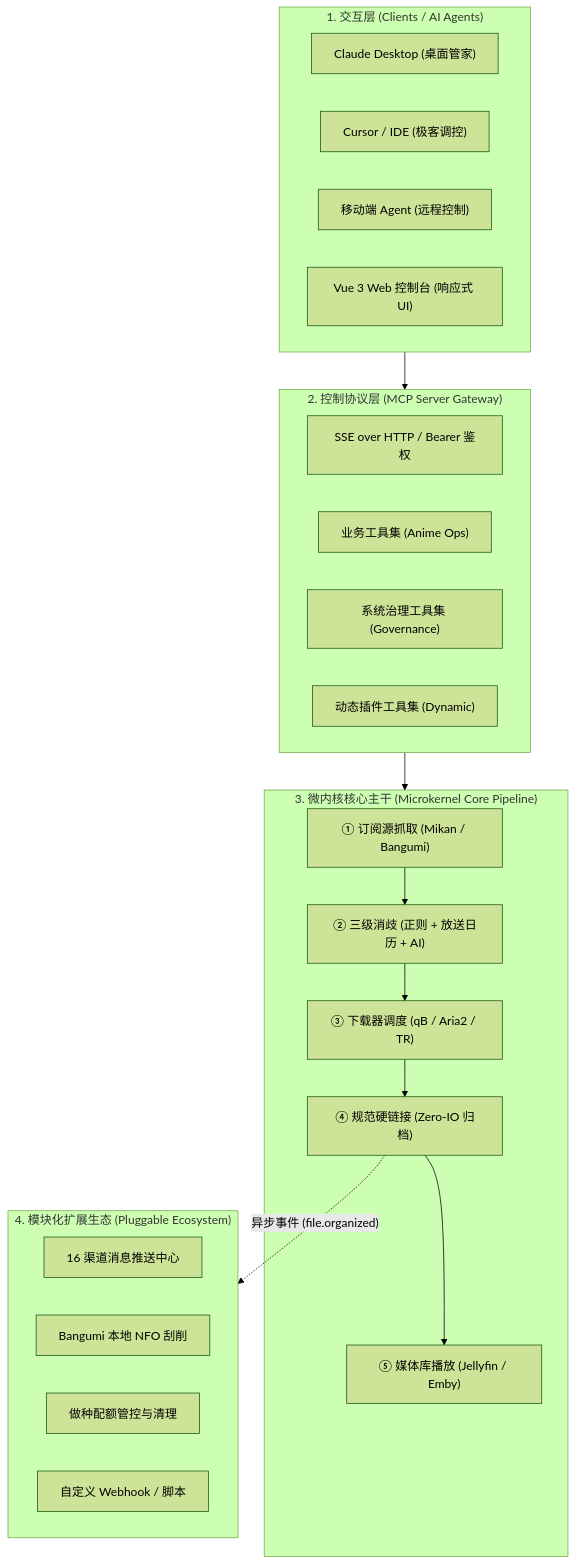
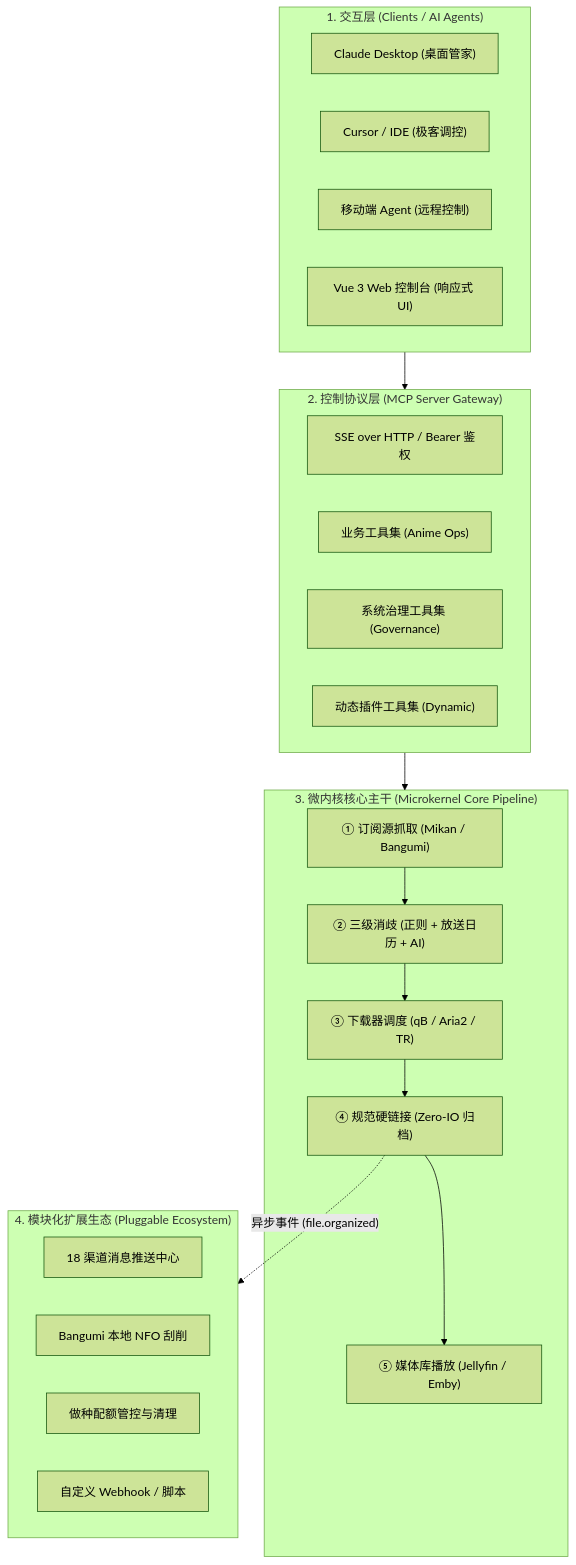
Before and after one commit to xiaoyueRX/Ani-Go: the diagram in README.md, drawn with Mermaid (forest theme). The commit also changed other lines of this file and 15 other files, not shown here.

````diff
--- a/README.md
+++ b/README.md
@@ -49,40 +49,40 @@
 ```mermaid
 flowchart TD
     subgraph Clients ["1. 交互层 (Clients / AI Agents)"]
         A1["Claude Desktop (桌面管家)"]
         A2["Cursor / IDE (极客调控)"]
         A3["移动端 Agent (远程控制)"]
         A4["Vue 3 Web 控制台 (响应式 UI)"]
     end
 
     subgraph MCP ["2. 控制协议层 (MCP Server Gateway)"]
         B1["SSE over HTTP / Bearer 鉴权"]
         B2["业务工具集 (Anime Ops)"]
         B3["系统治理工具集 (Governance)"]
         B4["动态插件工具集 (Dynamic)"]
     end
 
     subgraph Core ["3. 微内核核心主干 (Microkernel Core Pipeline)"]
         C1["① 订阅源抓取 (Mikan / Bangumi)"]
         C2["② 三级消歧 (正则 + 放送日历 + AI)"]
         C3["③ 下载器调度 (qB / Aria2 / TR)"]
         C4["④ 规范硬链接 (Zero-IO 归档)"]
         C5["⑤ 媒体库播放 (Jellyfin / Emby)"]
 
         C1 --> C2
         C2 --> C3
         C3 --> C4
         C4 --> C5
     end
 
     subgraph Plugins ["4. 模块化扩展生态 (Pluggable Ecosystem)"]
-        D1["16 渠道消息推送中心"]
+        D1["18 渠道消息推送中心"]
         D2["Bangumi 本地 NFO 刮削"]
         D3["做种配额管控与清理"]
         D4["自定义 Webhook / 脚本"]
     end
 
     Clients --> MCP
     MCP --> Core
     C4 -. "异步事件 (file.organized)" .-> Plugins
 ```
````
